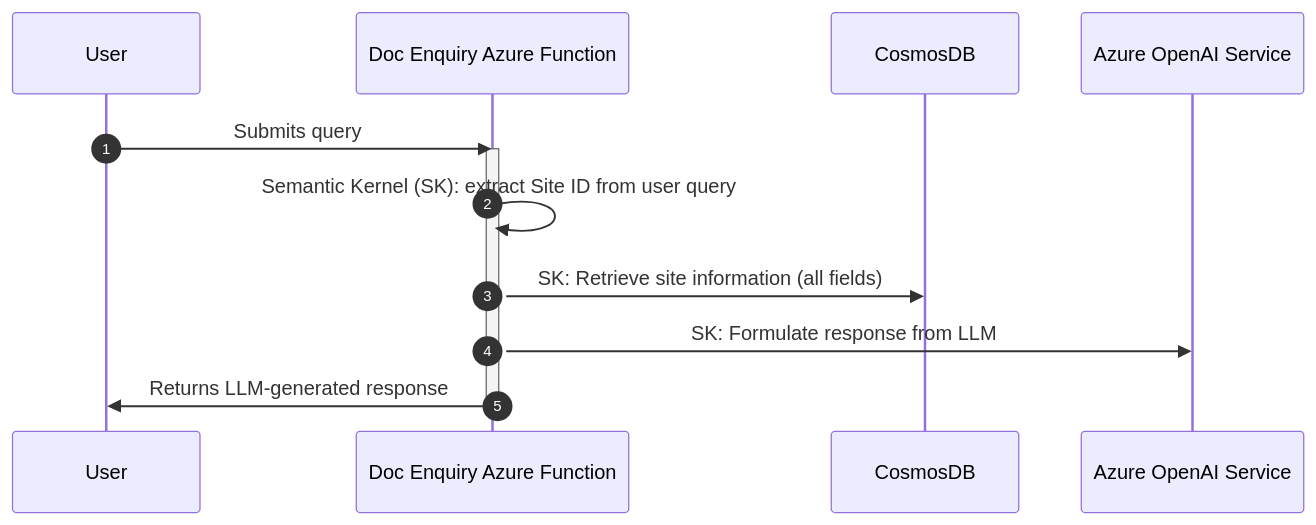
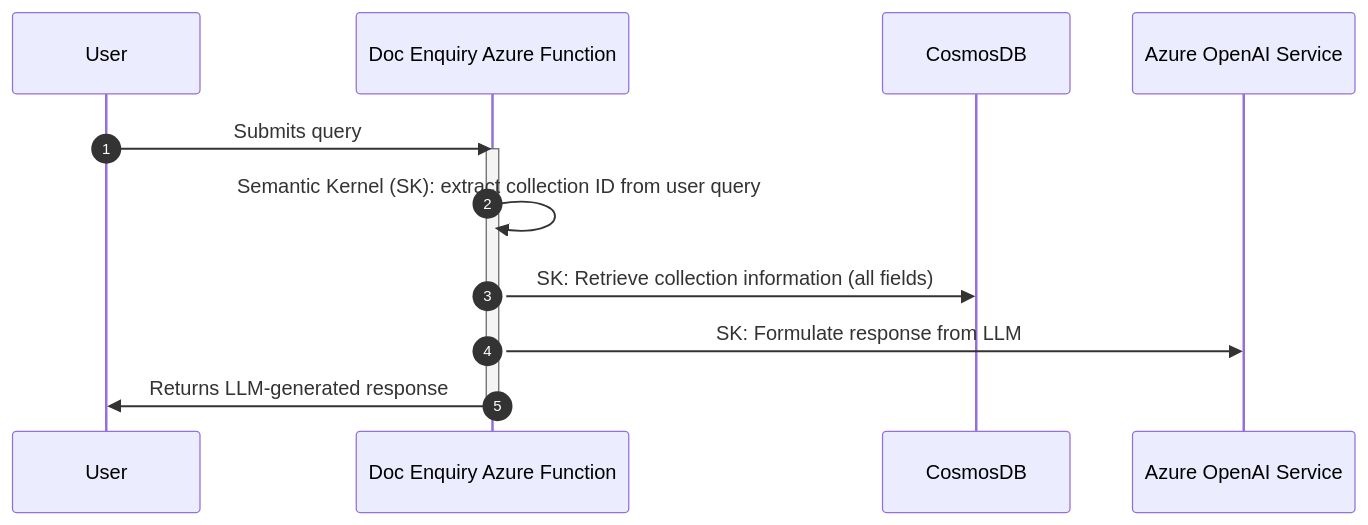
Before and after one commit to Azure-Samples/data-extraction-using-azure-content-understanding: the first of 3 diagrams in docs/architecture.md, drawn with Mermaid. The commit also changed other lines of this file, not shown here.

Commit message:
Naming - update site to collection; remove PII reference

````diff
--- a/docs/architecture.md
+++ b/docs/architecture.md
@@ -25,20 +25,20 @@
 ```mermaid
 sequenceDiagram
     autonumber
 
     participant User
     participant Doc Enquiry Azure Function
     participant CosmosDB
     participant Azure OpenAI Service
 
     User ->> Doc Enquiry Azure Function: Submits query
 
     %% rect rgb(255,255,224)
     activate Doc Enquiry Azure Function
-    Doc Enquiry Azure Function ->> Doc Enquiry Azure Function: Semantic Kernel (SK): extract Site ID from user query 
-    Doc Enquiry Azure Function ->> CosmosDB: SK: Retrieve site information (all fields)
+    Doc Enquiry Azure Function ->> Doc Enquiry Azure Function: Semantic Kernel (SK): extract collection ID from user query 
+    Doc Enquiry Azure Function ->> CosmosDB: SK: Retrieve collection information (all fields)
     Doc Enquiry Azure Function ->> Azure OpenAI Service: SK: Formulate response from LLM
     Doc Enquiry Azure Function ->> User: Returns LLM-generated response
     deactivate Doc Enquiry Azure Function
     %% end
 ```
````
